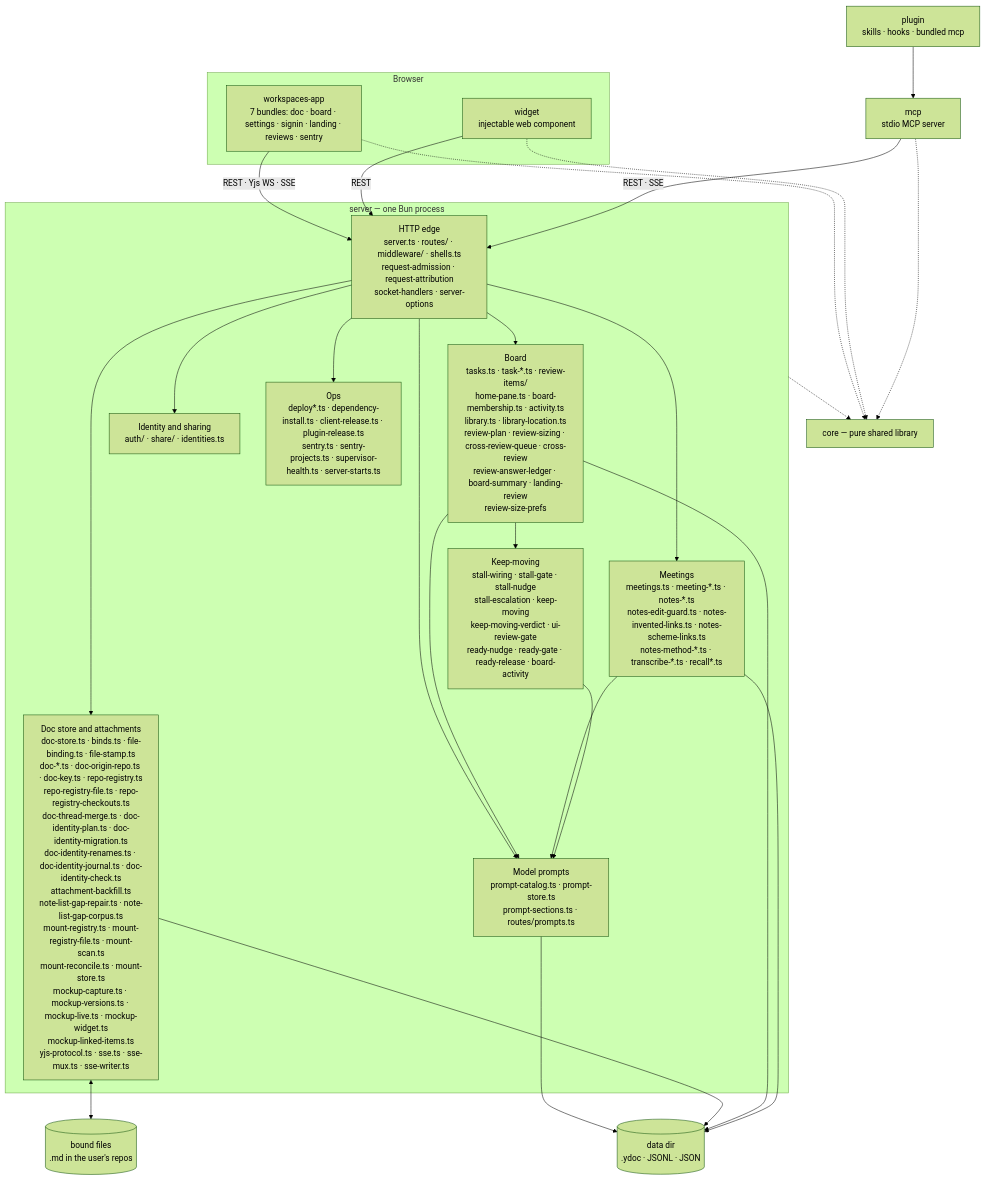
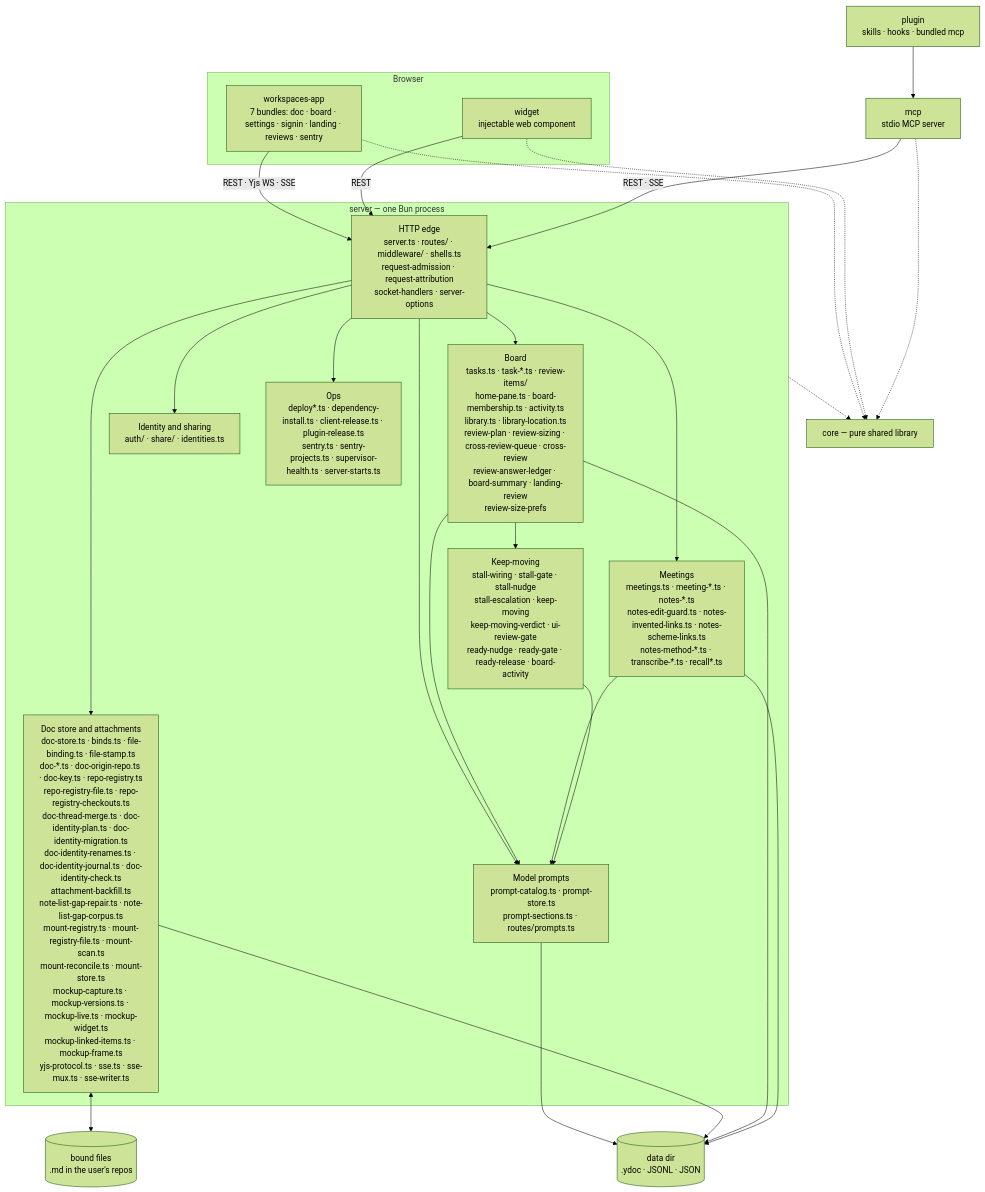
The first of 2 diagrams in docs/architecture/overview.md (fryanpan/claude-workspaces-plugin), drawn with Mermaid (forest theme) before and after one commit. The commit also changed other lines of this file and 1 other file, not shown here.

First line of the commit message:
Security and overview docs name the mock sandbox, relay and stamp

````diff
--- a/docs/architecture/overview.md
+++ b/docs/architecture/overview.md
@@ -45,35 +45,35 @@
 ```mermaid
 flowchart TB
   subgraph browser[Browser]
     app["workspaces-app<br/>7 bundles: doc · board · settings · signin · landing · reviews · sentry"]
     wid["widget<br/>injectable web component"]
   end
   plug["plugin<br/>skills · hooks · bundled mcp"]
   mcp["mcp<br/>stdio MCP server"]
   subgraph srv["server — one Bun process"]
     edge["HTTP edge<br/>server.ts · routes/ · middleware/ · shells.ts<br/>request-admission · request-attribution<br/>socket-handlers · server-options"]
-    docs["Doc store and attachments<br/>doc-store.ts · binds.ts · file-binding.ts · file-stamp.ts<br/>doc-*.ts · doc-origin-repo.ts · doc-key.ts · repo-registry.ts<br/>repo-registry-file.ts · repo-registry-checkouts.ts<br/>doc-thread-merge.ts · doc-identity-plan.ts · doc-identity-migration.ts<br/>doc-identity-renames.ts · doc-identity-journal.ts · doc-identity-check.ts<br/>attachment-backfill.ts<br/>note-list-gap-repair.ts · note-list-gap-corpus.ts<br/>mount-registry.ts · mount-registry-file.ts · mount-scan.ts<br/>mount-reconcile.ts · mount-store.ts<br/>mockup-capture.ts · mockup-versions.ts · mockup-live.ts · mockup-widget.ts<br/>mockup-linked-items.ts<br/>yjs-protocol.ts · sse.ts · sse-mux.ts · sse-writer.ts"]
+    docs["Doc store and attachments<br/>doc-store.ts · binds.ts · file-binding.ts · file-stamp.ts<br/>doc-*.ts · doc-origin-repo.ts · doc-key.ts · repo-registry.ts<br/>repo-registry-file.ts · repo-registry-checkouts.ts<br/>doc-thread-merge.ts · doc-identity-plan.ts · doc-identity-migration.ts<br/>doc-identity-renames.ts · doc-identity-journal.ts · doc-identity-check.ts<br/>attachment-backfill.ts<br/>note-list-gap-repair.ts · note-list-gap-corpus.ts<br/>mount-registry.ts · mount-registry-file.ts · mount-scan.ts<br/>mount-reconcile.ts · mount-store.ts<br/>mockup-capture.ts · mockup-versions.ts · mockup-live.ts · mockup-widget.ts<br/>mockup-linked-items.ts · mockup-frame.ts<br/>yjs-protocol.ts · sse.ts · sse-mux.ts · sse-writer.ts"]
     board["Board<br/>tasks.ts · task-*.ts · review-items/<br/>home-pane.ts · board-membership.ts · activity.ts<br/>library.ts · library-location.ts<br/>review-plan · review-sizing · cross-review-queue · cross-review<br/>review-answer-ledger · board-summary · landing-review<br/>review-size-prefs"]
     meet["Meetings<br/>meetings.ts · meeting-*.ts · notes-*.ts<br/>notes-edit-guard.ts · notes-invented-links.ts · notes-scheme-links.ts<br/>notes-method-*.ts · transcribe-*.ts · recall*.ts"]
     keep["Keep-moving<br/>stall-wiring · stall-gate · stall-nudge<br/>stall-escalation · keep-moving<br/>keep-moving-verdict · ui-review-gate<br/>ready-nudge · ready-gate · ready-release · board-activity"]
     ident["Identity and sharing<br/>auth/ · share/ · identities.ts"]
     prompts["Model prompts<br/>prompt-catalog.ts · prompt-store.ts<br/>prompt-sections.ts · routes/prompts.ts"]
     ops["Ops<br/>deploy*.ts · dependency-install.ts · client-release.ts · plugin-release.ts<br/>sentry.ts · sentry-projects.ts · supervisor-health.ts · server-starts.ts"]
   end
   core["core — pure shared library"]
   disk[("data dir<br/>.ydoc · JSONL · JSON")]
   files[("bound files<br/>.md in the user's repos")]
 
   app -->|"REST · Yjs WS · SSE"| edge
   wid -->|REST| edge
   plug --> mcp
   mcp -->|"REST · SSE"| edge
   edge --> docs & board & meet & ident & ops & prompts
   board & meet & keep --> prompts
   prompts --> disk
   board --> keep
   docs <--> files
   docs & board & meet --> disk
   app & wid & mcp -.-> core
   srv -.-> core
 ```
````
